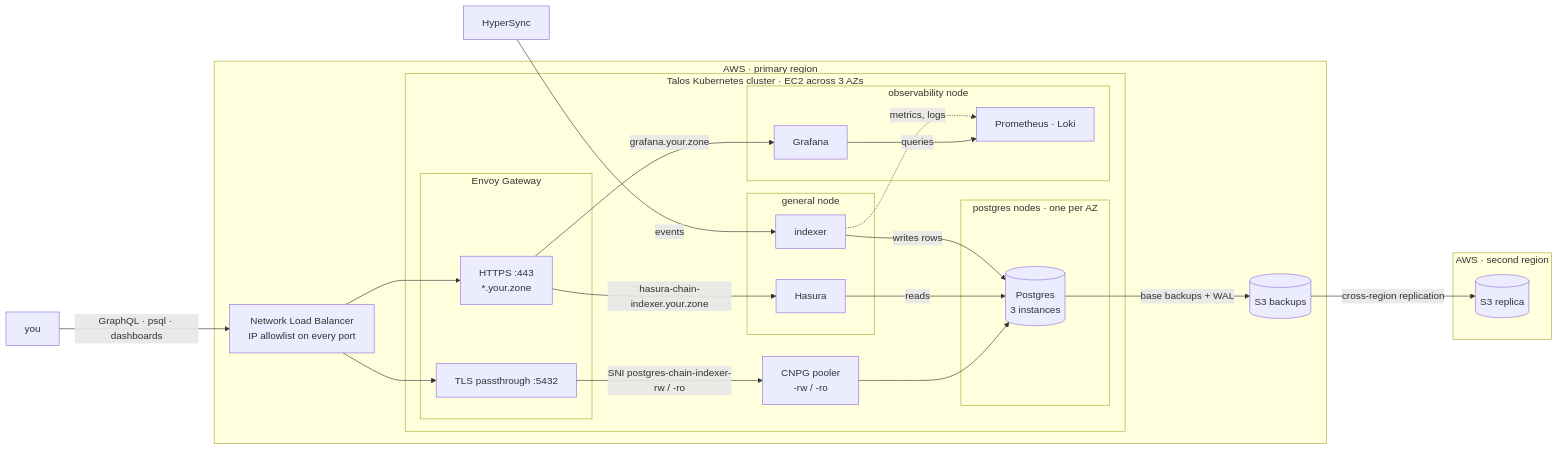
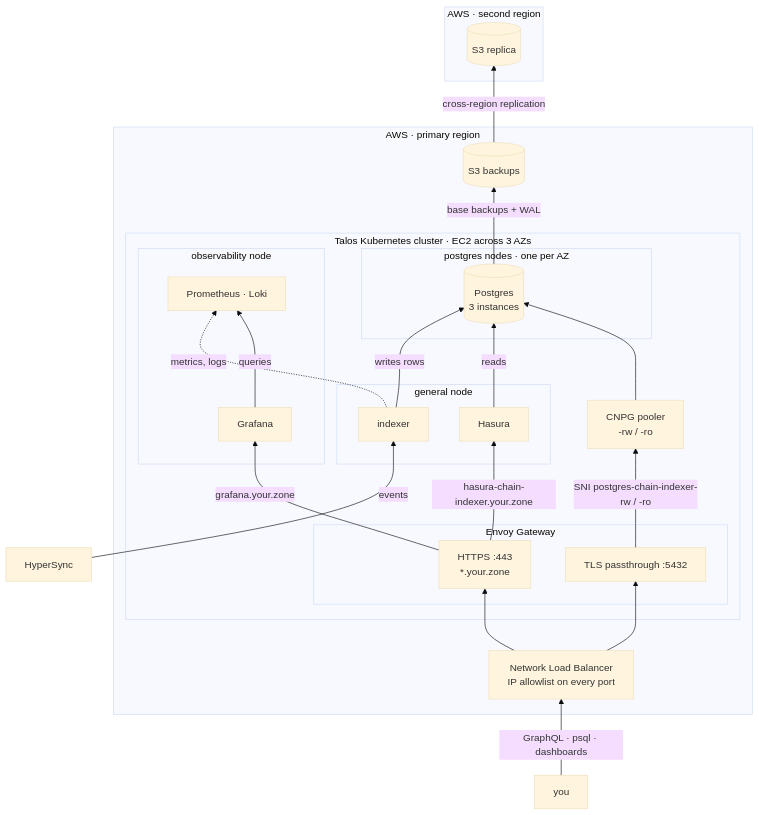
One commit to TilakMaddy/hyperindex-openinfra changed the diagram in README.md. Above: the diagram before and after it, drawn with Mermaid.

````diff
--- a/README.md
+++ b/README.md
@@ -88,52 +88,50 @@
 ```mermaid
-flowchart LR
-  YOU["you"]
-  HS["HyperSync"]
-
-  subgraph aws["AWS · primary region"]
-    NLB["Network Load Balancer<br/>IP allowlist on every port"]
-    S3[("S3 backups")]
-
-    subgraph k8s["Talos Kubernetes cluster · EC2 across 3 AZs"]
-      subgraph gw["Envoy Gateway"]
-        L443["HTTPS :443<br/>*.your.zone"]
+---
+config:
+  theme: base
+---
+flowchart BT
+ subgraph gw["Envoy Gateway"]
+        L443["HTTPS :443<br>*.your.zone"]
         L5432["TLS passthrough :5432"]
-      end
-
-      POOL["CNPG pooler<br/>-rw / -ro"]
-
-      subgraph general["general node"]
+  end
+ subgraph general["general node"]
         IDX["indexer"]
         HAS["Hasura"]
-      end
-
-      subgraph pgnodes["postgres nodes · one per AZ"]
-        PG[("Postgres<br/>3 instances")]
-      end
-
-      subgraph obsnode["observability node"]
+  end
+ subgraph pgnodes["postgres nodes · one per AZ"]
+        PG[("Postgres<br>3 instances")]
+  end
+ subgraph obsnode["observability node"]
         MET["Prometheus · Loki"]
         GRAF["Grafana"]
-      end
-    end
   end
-
-  subgraph dr["AWS · second region"]
-    S3R[("S3 replica")]
+ subgraph k8s["Talos Kubernetes cluster · EC2 across 3 AZs"]
+        gw
+        POOL["CNPG pooler<br>-rw / -ro"]
+        general
+        pgnodes
+        obsnode
   end
-
-  YOU -->|"GraphQL · psql · dashboards"| NLB
-  NLB --> L443
-  NLB --> L5432
-  L443 -->|"hasura-chain-indexer.your.zone"| HAS
-  L443 -->|"grafana.your.zone"| GRAF
-  L5432 -->|"SNI postgres-chain-indexer-rw / -ro"| POOL
-  HS -->|"events"| IDX
-  IDX -->|"writes rows"| PG
-  HAS -->|"reads"| PG
-  POOL --> PG
-  IDX -.->|"metrics, logs"| MET
-  GRAF -->|"queries"| MET
-  PG -->|"base backups + WAL"| S3
-  S3 -->|"cross-region replication"| S3R
+ subgraph aws["AWS · primary region"]
+        NLB["Network Load Balancer<br>IP allowlist on every port"]
+        S3[("S3 backups")]
+        k8s
+  end
+ subgraph dr["AWS · second region"]
+        S3R[("S3 replica")]
+  end
+    YOU["you"] -- GraphQL · psql · dashboards --> NLB
+    NLB --> L443 & L5432
+    L443 -- "hasura-chain-indexer.your.zone" --> HAS
+    L443 -- "grafana.your.zone" --> GRAF
+    L5432 -- "SNI postgres-chain-indexer-rw / -ro" --> POOL
+    HS["HyperSync"] -- events --> IDX
+    IDX -- writes rows --> PG
+    HAS -- reads --> PG
+    POOL --> PG
+    IDX -. metrics, logs .-> MET
+    GRAF -- queries --> MET
+    PG -- base backups + WAL --> S3
+    S3 -- "cross-region replication" --> S3R
 ```
````
